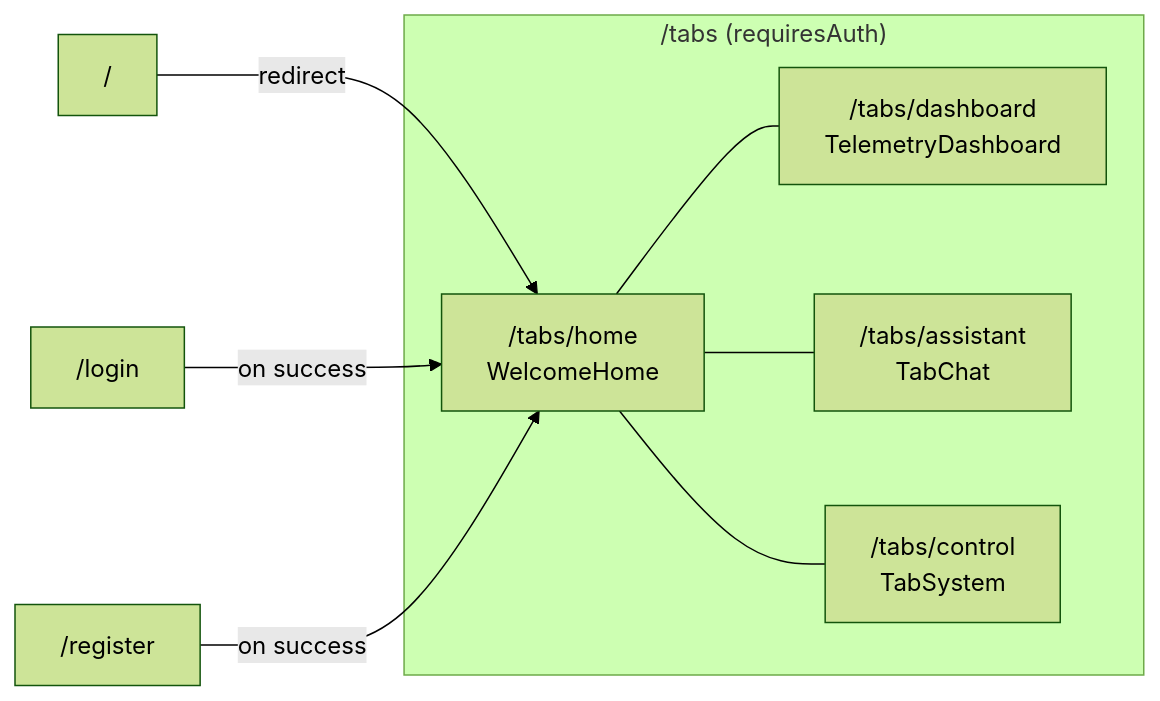
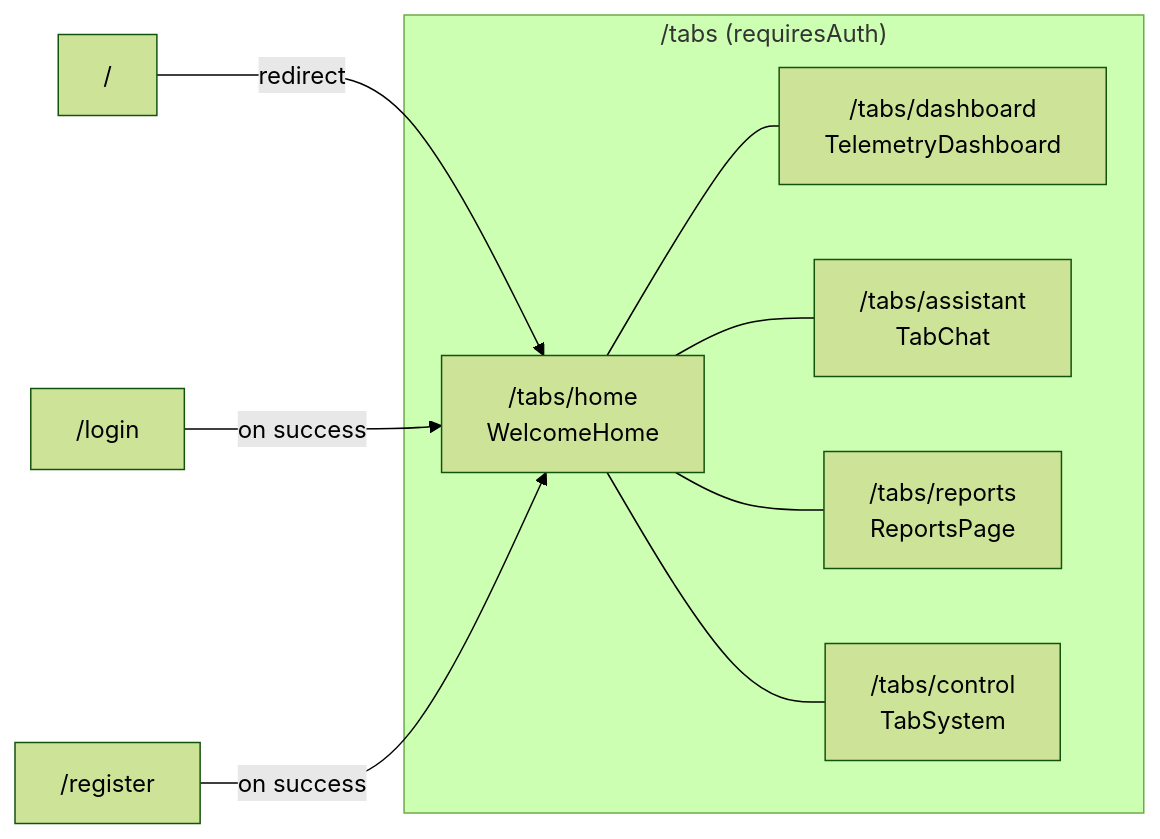
Before and after one commit to LNieto-V/agronexus-ui: the second of 7 diagrams in README.md, drawn with Mermaid (forest theme). The commit also changed other lines of this file, not shown here.

First line of the commit message:
docs: update README to v2.6 — resilience, fallback reports & 429 handling

````diff
--- a/README.md
+++ b/README.md
@@ -62,17 +62,19 @@
 ```mermaid
 graph LR
     Root["/"] -->|redirect| Home
     Login["/login"] -->|on success| Home
     Register["/register"] -->|on success| Home
 
     subgraph Authenticated["/tabs (requiresAuth)"]
         Home["/tabs/home<br/>WelcomeHome"]
         Dashboard["/tabs/dashboard<br/>TelemetryDashboard"]
         Chat["/tabs/assistant<br/>TabChat"]
+        Reports["/tabs/reports<br/>ReportsPage"]
         System["/tabs/control<br/>TabSystem"]
     end
 
     Home --- Dashboard
     Home --- Chat
+    Home --- Reports
     Home --- System
 ```
````
